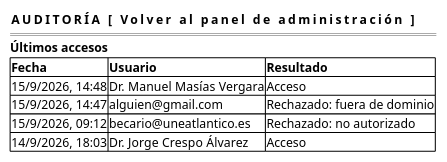
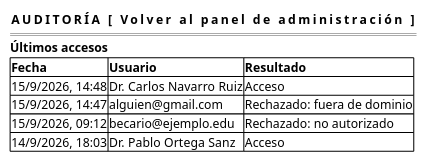
The diagram in RUP/01-requisitos/03-detalle-casos-uso/consultarRegistroAccesos/wireframes.puml (mmasias/pyCeldaPublico), drawn with PlantUML before and after one commit. The commit also changed 49 other files, not shown here.

```diff
--- a/RUP/01-requisitos/03-detalle-casos-uso/consultarRegistroAccesos/wireframes.puml
+++ b/RUP/01-requisitos/03-detalle-casos-uso/consultarRegistroAccesos/wireframes.puml
@@ -1,14 +1,14 @@
 @startsalt consultarRegistroAccesos-wireframe
 {
     { <b>AUDITORÍA                                    [ Volver al panel de administración ] }
     ====
     <b>Últimos accesos
     {#
         <b>Fecha | <b>Usuario | <b>Resultado
-        15/9/2026, 14:48 | Dr. Manuel Masías Vergara | Acceso
+        15/9/2026, 14:48 | Dr. Carlos Navarro Ruiz | Acceso
         15/9/2026, 14:47 | alguien@gmail.com | Rechazado: fuera de dominio
-        15/9/2026, 09:12 | becario@uneatlantico.es | Rechazado: no autorizado
-        14/9/2026, 18:03 | Dr. Jorge Crespo Álvarez | Acceso
+        15/9/2026, 09:12 | becario@ejemplo.edu | Rechazado: no autorizado
+        14/9/2026, 18:03 | Dr. Pablo Ortega Sanz | Acceso
     }
 }
 @endsalt
```
